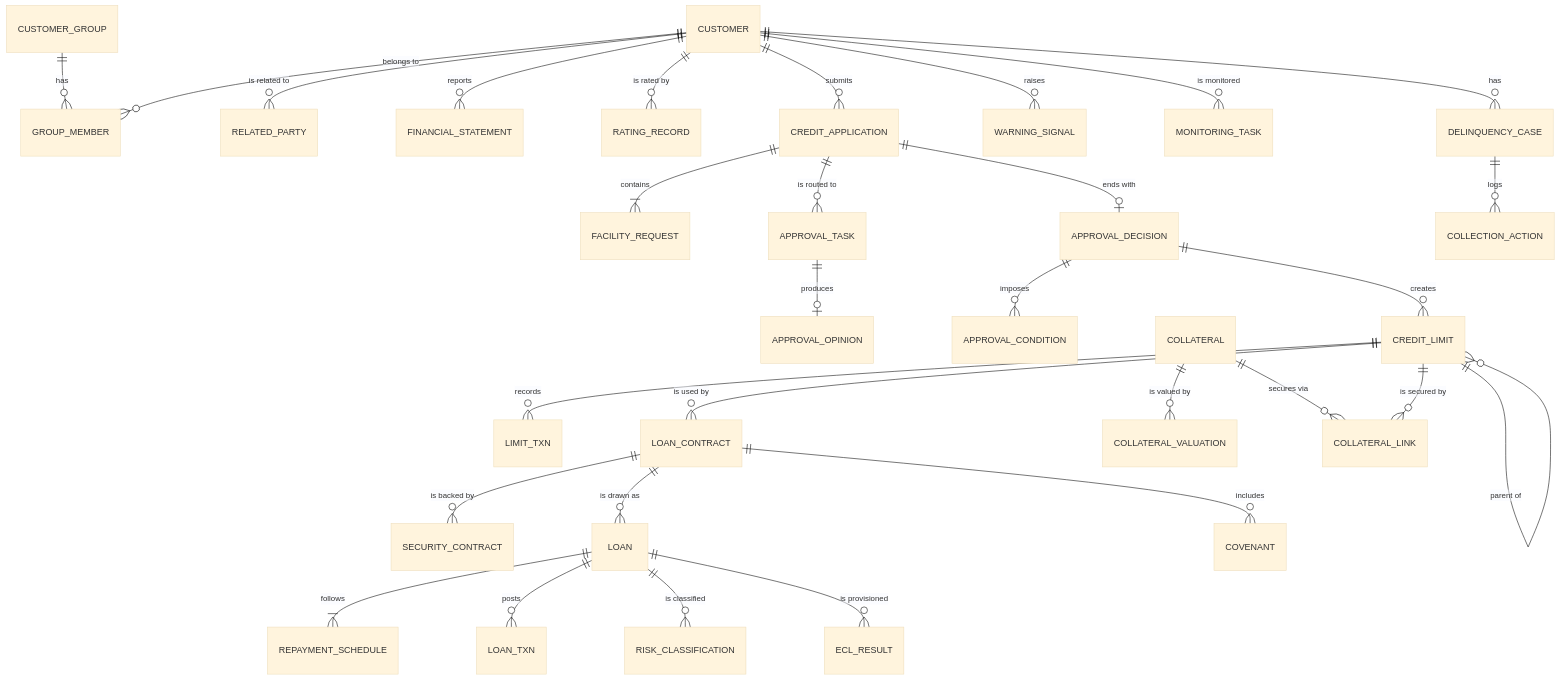
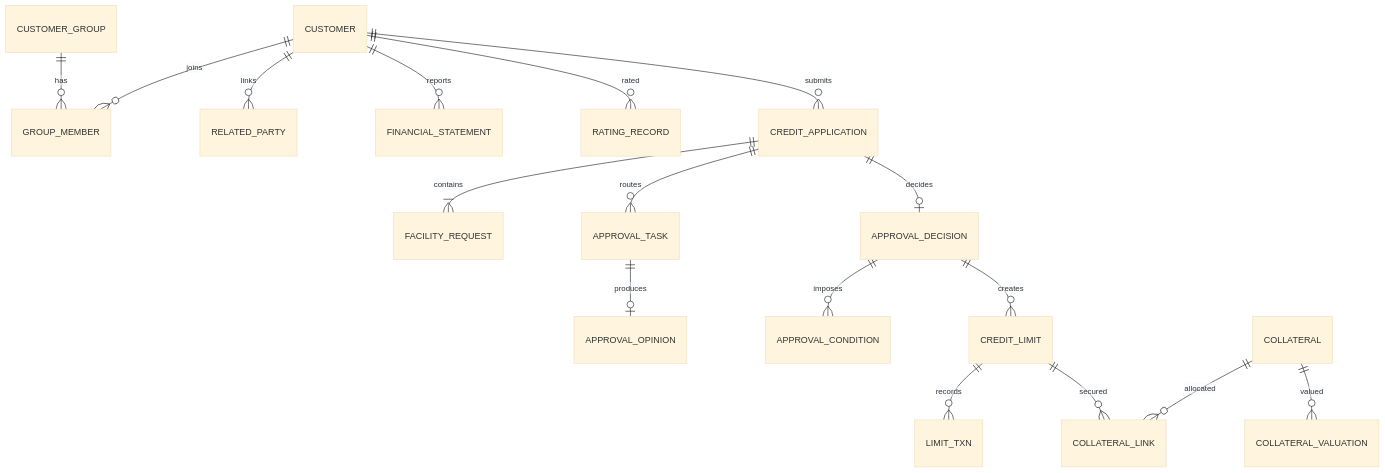
Diagram 11 of 21 in docs/business-architecture-processes-data-model.md (yugshinz-star/credit-management-system), drawn with Mermaid (base theme) before and after one commit. The commit also changed other lines of this file, not shown here.

Commit message:
Split overall ER diagram (4.2) into two parts so GitHub can render it
Claude-Session: https://claude.ai/code/session_01D5BZwgGKi3jwbby9DyUQKG

````diff
--- a/docs/business-architecture-processes-data-model.md
+++ b/docs/business-architecture-processes-data-model.md
@@ -696,32 +700,19 @@
 ```mermaid
 erDiagram
     CUSTOMER_GROUP ||--o{ GROUP_MEMBER : has
-    CUSTOMER ||--o{ GROUP_MEMBER : "belongs to"
-    CUSTOMER ||--o{ RELATED_PARTY : "is related to"
+    CUSTOMER ||--o{ GROUP_MEMBER : joins
+    CUSTOMER ||--o{ RELATED_PARTY : links
     CUSTOMER ||--o{ FINANCIAL_STATEMENT : reports
-    CUSTOMER ||--o{ RATING_RECORD : "is rated by"
+    CUSTOMER ||--o{ RATING_RECORD : rated
     CUSTOMER ||--o{ CREDIT_APPLICATION : submits
     CREDIT_APPLICATION ||--|{ FACILITY_REQUEST : contains
-    CREDIT_APPLICATION ||--o{ APPROVAL_TASK : "is routed to"
+    CREDIT_APPLICATION ||--o{ APPROVAL_TASK : routes
     APPROVAL_TASK ||--o| APPROVAL_OPINION : produces
-    CREDIT_APPLICATION ||--o| APPROVAL_DECISION : "ends with"
+    CREDIT_APPLICATION ||--o| APPROVAL_DECISION : decides
     APPROVAL_DECISION ||--o{ APPROVAL_CONDITION : imposes
     APPROVAL_DECISION ||--o{ CREDIT_LIMIT : creates
-    CREDIT_LIMIT ||--o{ CREDIT_LIMIT : "parent of"
     CREDIT_LIMIT ||--o{ LIMIT_TXN : records
-    CREDIT_LIMIT ||--o{ LOAN_CONTRACT : "is used by"
-    COLLATERAL ||--o{ COLLATERAL_VALUATION : "is valued by"
-    COLLATERAL ||--o{ COLLATERAL_LINK : "secures via"
-    CREDIT_LIMIT ||--o{ COLLATERAL_LINK : "is secured by"
-    LOAN_CONTRACT ||--o{ SECURITY_CONTRACT : "is backed by"
-    LOAN_CONTRACT ||--o{ LOAN : "is drawn as"
-    LOAN ||--|{ REPAYMENT_SCHEDULE : follows
-    LOAN ||--o{ LOAN_TXN : posts
-    LOAN ||--o{ RISK_CLASSIFICATION : "is classified"
-    LOAN ||--o{ ECL_RESULT : "is provisioned"
-    CUSTOMER ||--o{ WARNING_SIGNAL : raises
-    CUSTOMER ||--o{ MONITORING_TASK : "is monitored"
-    LOAN_CONTRACT ||--o{ COVENANT : includes
-    CUSTOMER ||--o{ DELINQUENCY_CASE : has
-    DELINQUENCY_CASE ||--o{ COLLECTION_ACTION : logs
+    CREDIT_LIMIT ||--o{ COLLATERAL_LINK : secured
+    COLLATERAL ||--o{ COLLATERAL_LINK : allocated
+    COLLATERAL ||--o{ COLLATERAL_VALUATION : valued
 ```
````
